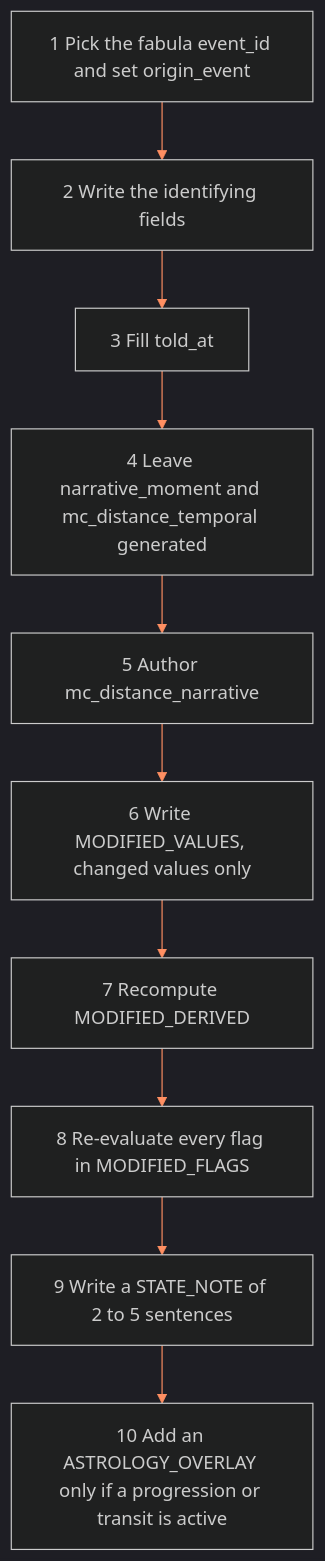
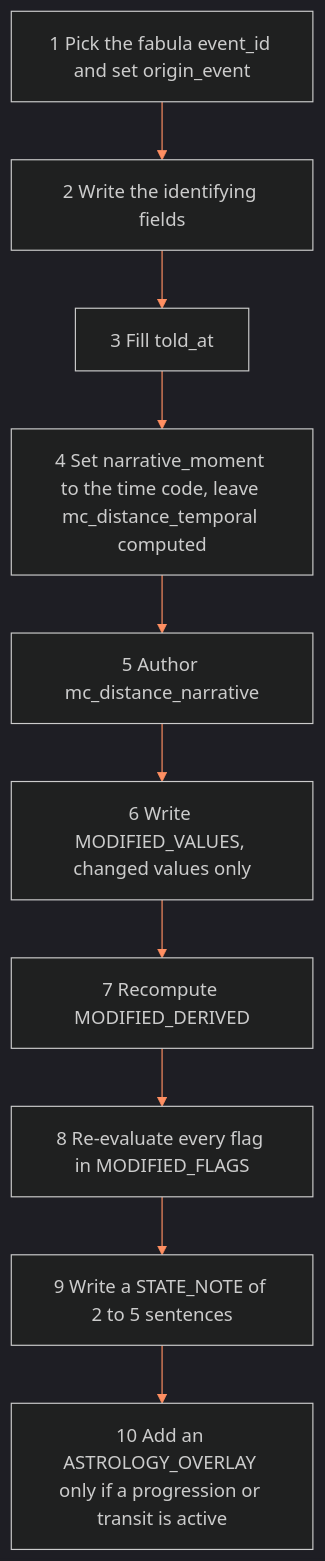
The diagram in ShroomsQ/_CANON/_DOCS/02_CHARACTER_SYSTEMS/ssot_02_character_state_architecture/3-how-to.md (leechseed/_setsunadev), drawn with Mermaid before and after one commit. The commit also changed other lines of this file and 77 other files, not shown here.

````diff
--- a/ShroomsQ/_CANON/_DOCS/02_CHARACTER_SYSTEMS/ssot_02_character_state_architecture/3-how-to.md
+++ b/ShroomsQ/_CANON/_DOCS/02_CHARACTER_SYSTEMS/ssot_02_character_state_architecture/3-how-to.md
@@ -30,13 +30,13 @@
 ```mermaid
 %%{init: {"theme": "dark", "themeVariables": {"primaryColor": "#2A1A12", "primaryBorderColor": "#FF5A1F", "primaryTextColor": "#F2EDE6", "lineColor": "#FF8F62", "fontFamily": "Atkinson Hyperlegible, sans-serif"}}}%%
 flowchart TD
   A["1 Pick the fabula event_id and set origin_event"] --> B["2 Write the identifying fields"]
   B --> C["3 Fill told_at"]
-  C --> D["4 Leave narrative_moment and mc_distance_temporal generated"]
+  C --> D["4 Set narrative_moment to the time code, leave mc_distance_temporal computed"]
   D --> E["5 Author mc_distance_narrative"]
   E --> F["6 Write MODIFIED_VALUES, changed values only"]
   F --> G["7 Recompute MODIFIED_DERIVED"]
   G --> H["8 Re-evaluate every flag in MODIFIED_FLAGS"]
   H --> I["9 Write a STATE_NOTE of 2 to 5 sentences"]
   I --> J["10 Add an ASTROLOGY_OVERLAY only if a progression or transit is active"]
 ```
````
